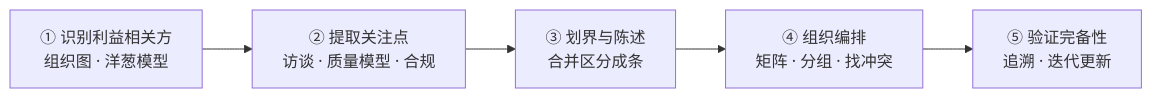
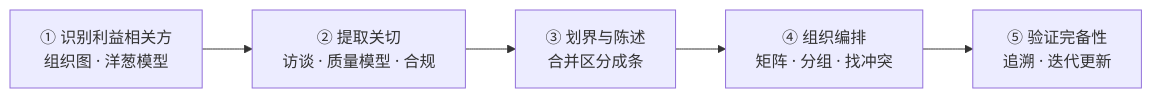
The fifth of 11 diagrams in 10-系统工程研究/00-系统工程相关研究报告/10-架构设计方法论全景研究报告.md (Yongjunzhou/business-Engineering), drawn with Mermaid before and after one commit. The commit also changed other lines of this file and 33 other files, not shown here.

````diff
--- a/10-系统工程研究/00-系统工程相关研究报告/10-架构设计方法论全景研究报告.md
+++ b/10-系统工程研究/00-系统工程相关研究报告/10-架构设计方法论全景研究报告.md
@@ -477,7 +477,7 @@
 ```mermaid
 flowchart LR
-    A[① 识别利益相关方<br/>组织图 · 洋葱模型] --> B[② 提取关注点<br/>访谈 · 质量模型 · 合规]
+    A[① 识别利益相关方<br/>组织图 · 洋葱模型] --> B[② 提取关切<br/>访谈 · 质量模型 · 合规]
     B --> C[③ 划界与陈述<br/>合并区分成条]
     C --> D[④ 组织编排<br/>矩阵 · 分组 · 找冲突]
     D --> E[⑤ 验证完备性<br/>追溯 · 迭代更新]
 ```
````
